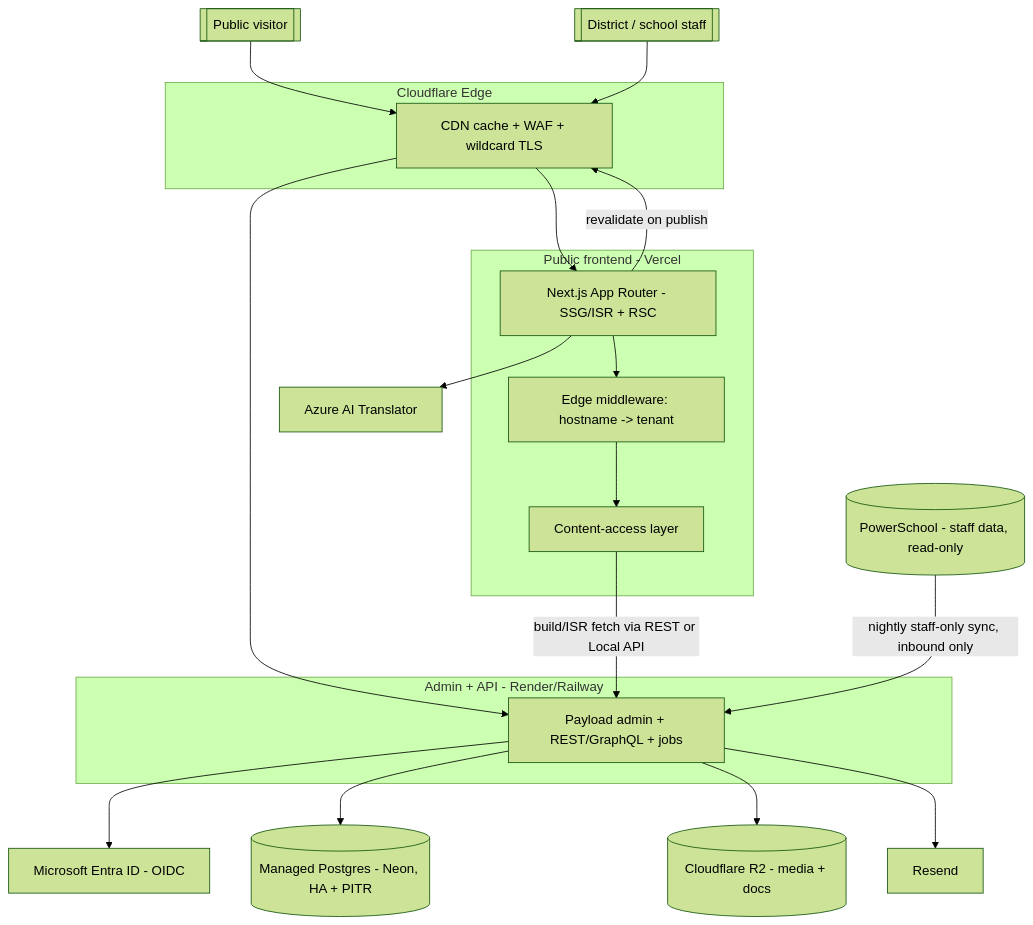
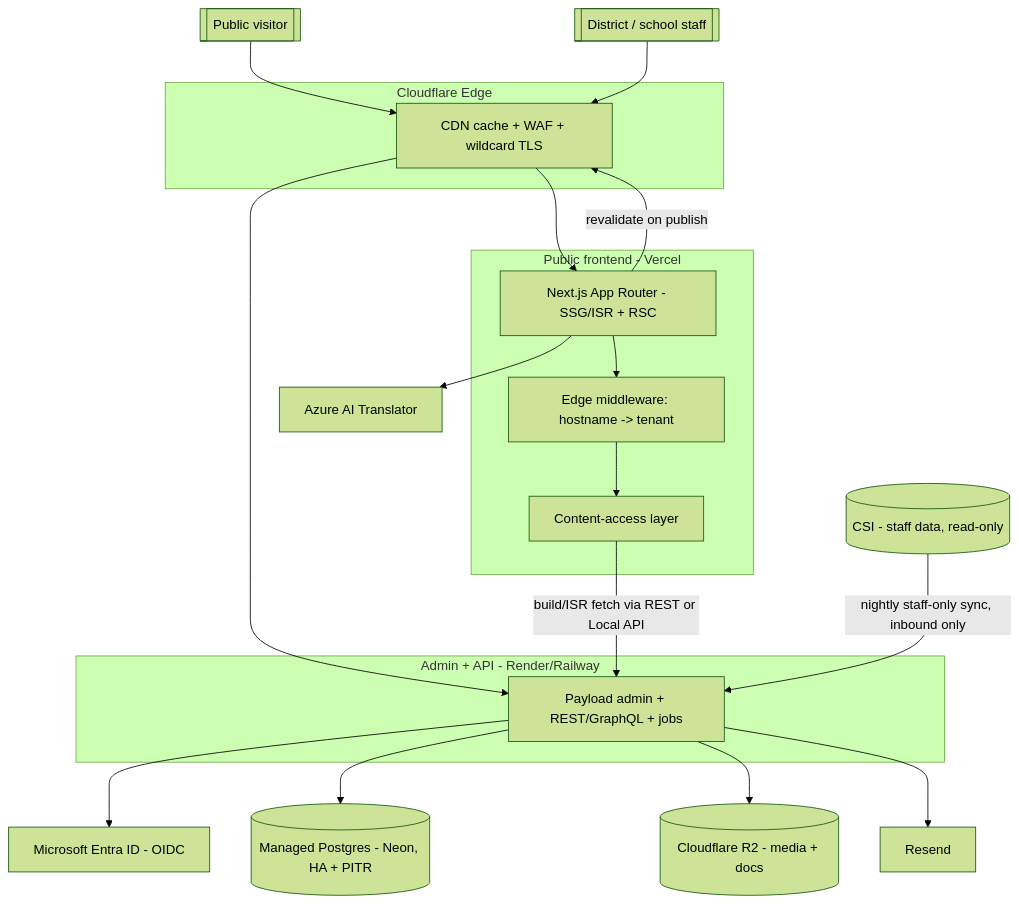
Before and after one commit to jlybrand/SchoolCMS: the diagram in starterDocs/02-system-architecture.md, drawn with Mermaid (forest theme). The commit also changed other lines of this file and 21 other files, not shown here.

First line of the commit message:
Docs: staff data comes from CSI, not PowerSchool

````diff
--- a/starterDocs/02-system-architecture.md
+++ b/starterDocs/02-system-architecture.md
@@ -55,32 +55,32 @@
 ```mermaid
 flowchart TD
     subgraph Edge[Cloudflare Edge]
       CDN[CDN cache + WAF + wildcard TLS]
     end
     subgraph FE[Public frontend - Vercel]
       NEXT[Next.js App Router - SSG/ISR + RSC]
       MW[Edge middleware: hostname -> tenant]
       CAL[Content-access layer]
     end
     subgraph BE[Admin + API - Render/Railway]
       PAYLOAD[Payload admin + REST/GraphQL + jobs]
     end
     DB[(Managed Postgres - Neon, HA + PITR)]
     R2[(Cloudflare R2 - media + docs)]
     ENTRA[Microsoft Entra ID - OIDC]
     MT[Azure AI Translator]
     MAIL[Resend]
-    PS[(PowerSchool - staff data, read-only)]
+    PS[(CSI - staff data, read-only)]
 
     Visitor[[Public visitor]] --> CDN --> NEXT
     NEXT --> MW --> CAL
     Staff[[District / school staff]] --> CDN --> PAYLOAD
     PAYLOAD --> ENTRA
     PAYLOAD --> DB
     PAYLOAD --> R2
     PAYLOAD --> MAIL
     CAL -->|build/ISR fetch via REST or Local API| PAYLOAD
     NEXT -->|revalidate on publish| CDN
     NEXT --> MT
     PS -->|nightly staff-only sync, inbound only| PAYLOAD
 ```
````
